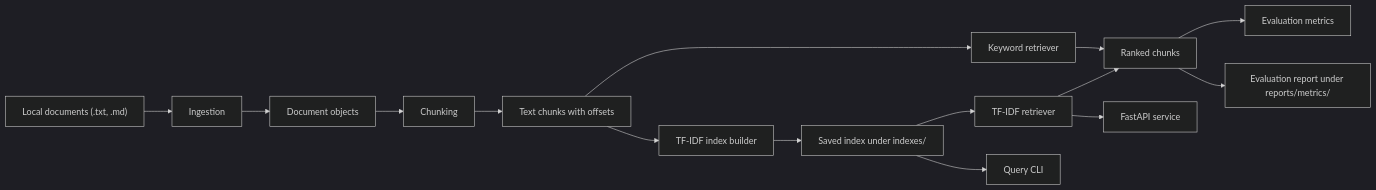
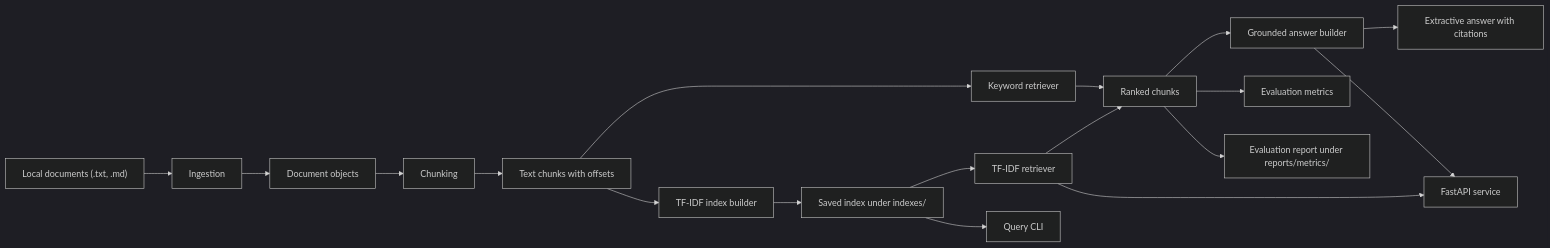
One commit to AmmarHafeez/document-intelligence-rag-platform changed the diagram in docs/architecture.md. Above: the diagram before and after it, drawn with Mermaid (dark theme). The commit also changed other lines of this file and 10 other files, not shown here.

Commit message:
Add grounded answer workflow

````diff
--- a/docs/architecture.md
+++ b/docs/architecture.md
@@ -3,17 +3,20 @@
 ```mermaid
 flowchart LR
     A["Local documents (.txt, .md)"] --> B["Ingestion"]
     B --> C["Document objects"]
     C --> D["Chunking"]
     D --> E["Text chunks with offsets"]
     E --> F["Keyword retriever"]
     E --> G["TF-IDF index builder"]
     G --> H["Saved index under indexes/"]
     H --> I["TF-IDF retriever"]
     F --> J["Ranked chunks"]
     I --> J
+    J --> O["Grounded answer builder"]
+    O --> P["Extractive answer with citations"]
     J --> K["Evaluation metrics"]
     J --> N["Evaluation report under reports/metrics/"]
     I --> L["FastAPI service"]
+    O --> L
     H --> M["Query CLI"]
 ```
````
